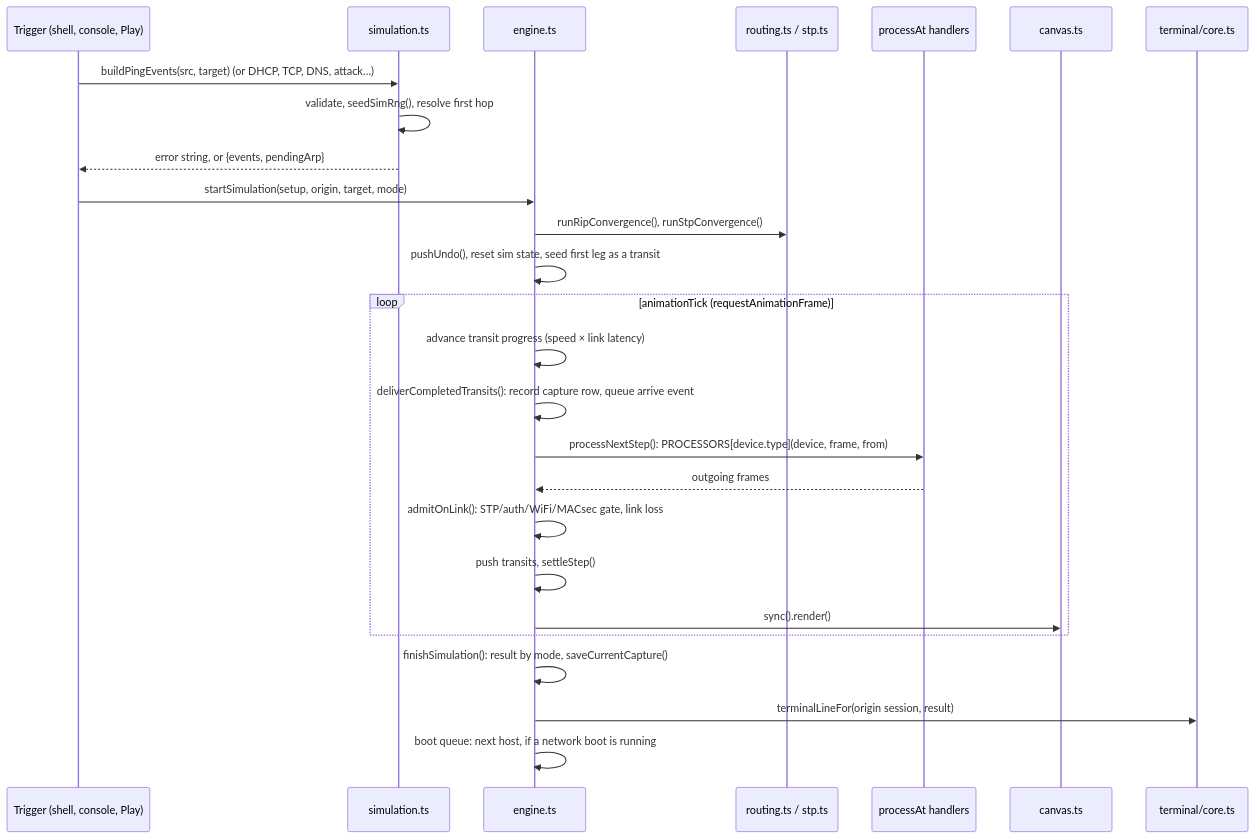
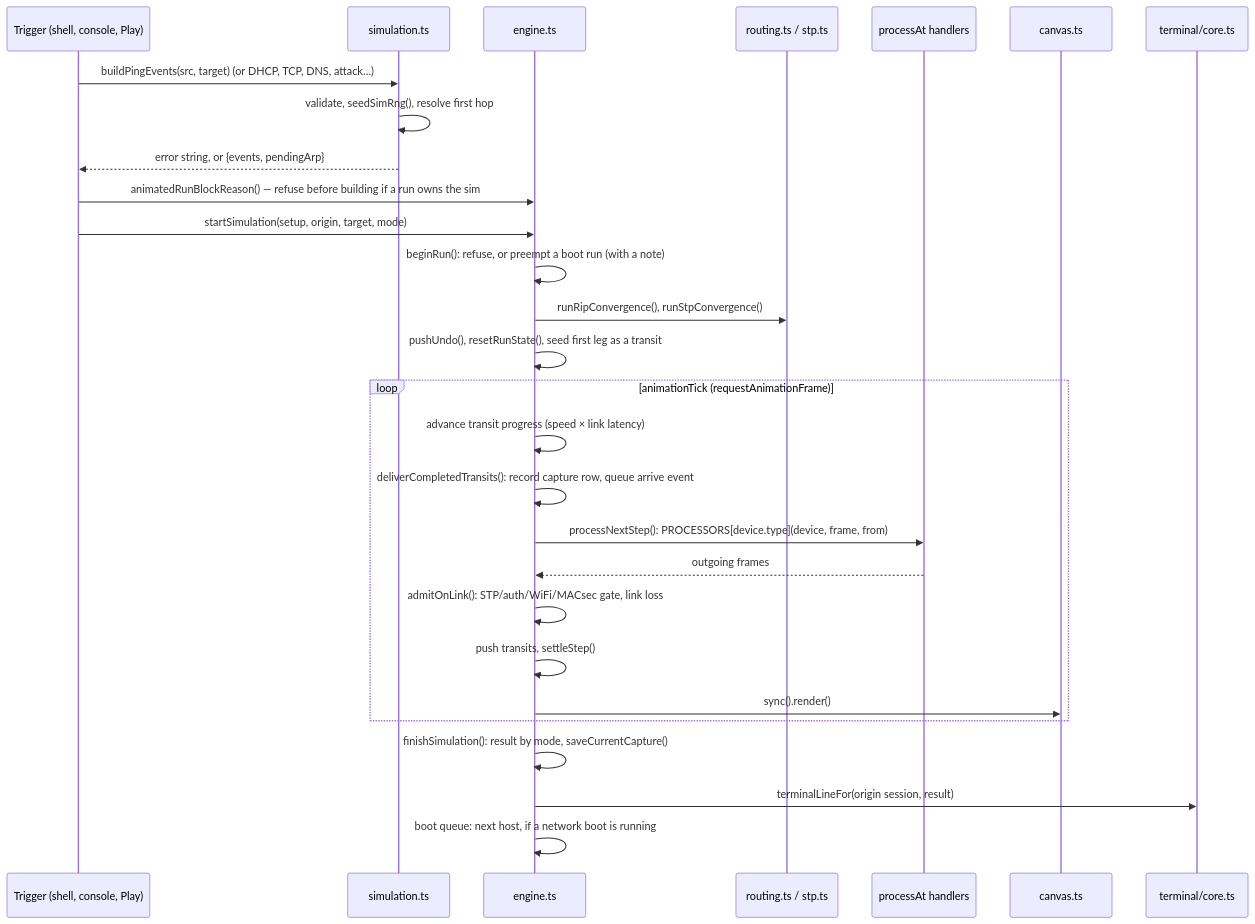
One commit to trevorandersen/routesim changed the third of 3 diagrams in docs/architecture.md. Above: the diagram before and after it, drawn with Mermaid. The commit also changed other lines of this file and 22 other files, not shown here.

First line of the commit message:
Run ownership: one shared beginRun for animated and headless runs

````diff
--- a/docs/architecture.md
+++ b/docs/architecture.md
@@ -277,28 +277,30 @@
 ```mermaid
 sequenceDiagram
   participant U as Trigger (shell, console, Play)
   participant S as simulation.ts
   participant E as engine.ts
   participant R as routing.ts / stp.ts
   participant P as processAt handlers
   participant C as canvas.ts
   participant T as terminal/core.ts
   U->>S: buildPingEvents(src, target) (or DHCP, TCP, DNS, attack…)
   S->>S: validate, seedSimRng(), resolve first hop
   S-->>U: error string, or {events, pendingArp}
+  U->>E: animatedRunBlockReason() — refuse before building if a run owns the sim
   U->>E: startSimulation(setup, origin, target, mode)
+  E->>E: beginRun(): refuse, or preempt a boot run (with a note)
   E->>R: runRipConvergence(), runStpConvergence()
-  E->>E: pushUndo(), reset sim state, seed first leg as a transit
+  E->>E: pushUndo(), resetRunState(), seed first leg as a transit
   loop animationTick (requestAnimationFrame)
     E->>E: advance transit progress (speed × link latency)
     E->>E: deliverCompletedTransits(): record capture row, queue arrive event
     E->>P: processNextStep(): PROCESSORS[device.type](device, frame, from)
     P-->>E: outgoing frames
     E->>E: admitOnLink(): STP/auth/WiFi/MACsec gate, link loss
     E->>E: push transits, settleStep()
     E->>C: sync().render()
   end
   E->>E: finishSimulation(): result by mode, saveCurrentCapture()
   E->>T: terminalLineFor(origin session, result)
   E->>E: boot queue: next host, if a network boot is running
 ```
````
